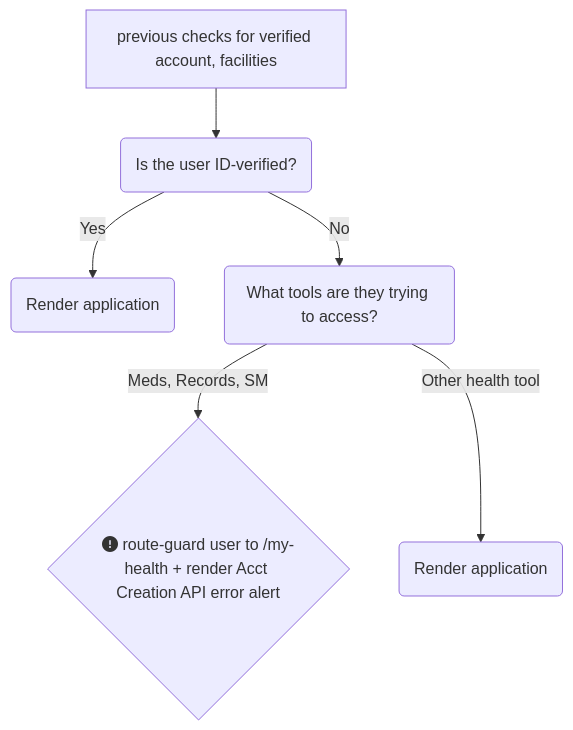
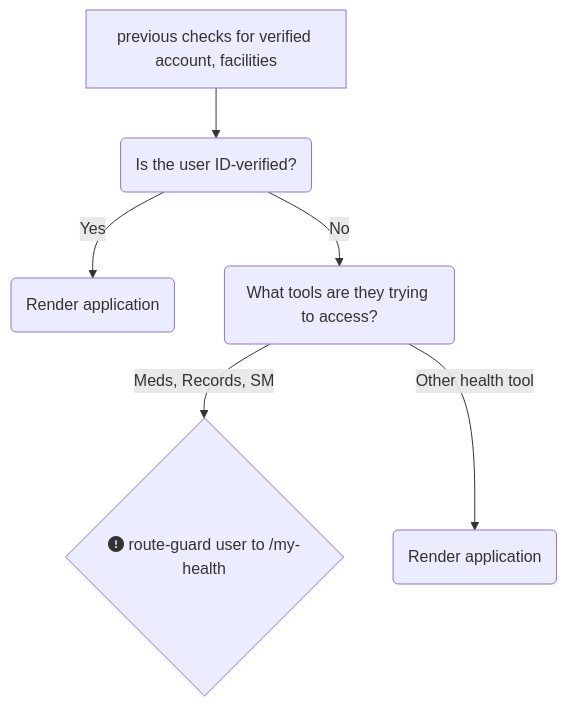
The diagram in products/health-care/digital-health-modernization/mhv-to-va.gov/governance/mhv-account-creation-api.md (department-of-veterans-affairs/va.gov-team), drawn with Mermaid before and after one commit. The commit also changed other lines of this file, not shown here.

````diff
--- a/products/health-care/digital-health-modernization/mhv-to-va.gov/governance/mhv-account-creation-api.md
+++ b/products/health-care/digital-health-modernization/mhv-to-va.gov/governance/mhv-account-creation-api.md
@@ -49,8 +49,8 @@
 ```mermaid
 flowchart TD
     A[previous checks for verified account, facilities] --> D(Is the user ID-verified?)
     D --> |Yes| G(Render application)
     D --> |No| H(What tools are they trying to access?)
-    H --> |Meds, Records, SM| I{fa:fa-circle-exclamation route-guard user to /my-health + render Acct Creation API error alert}
+    H --> |Meds, Records, SM| I{fa:fa-circle-exclamation route-guard user to /my-health}
     H --> |Other health tool| J(Render application)
 ```
````
